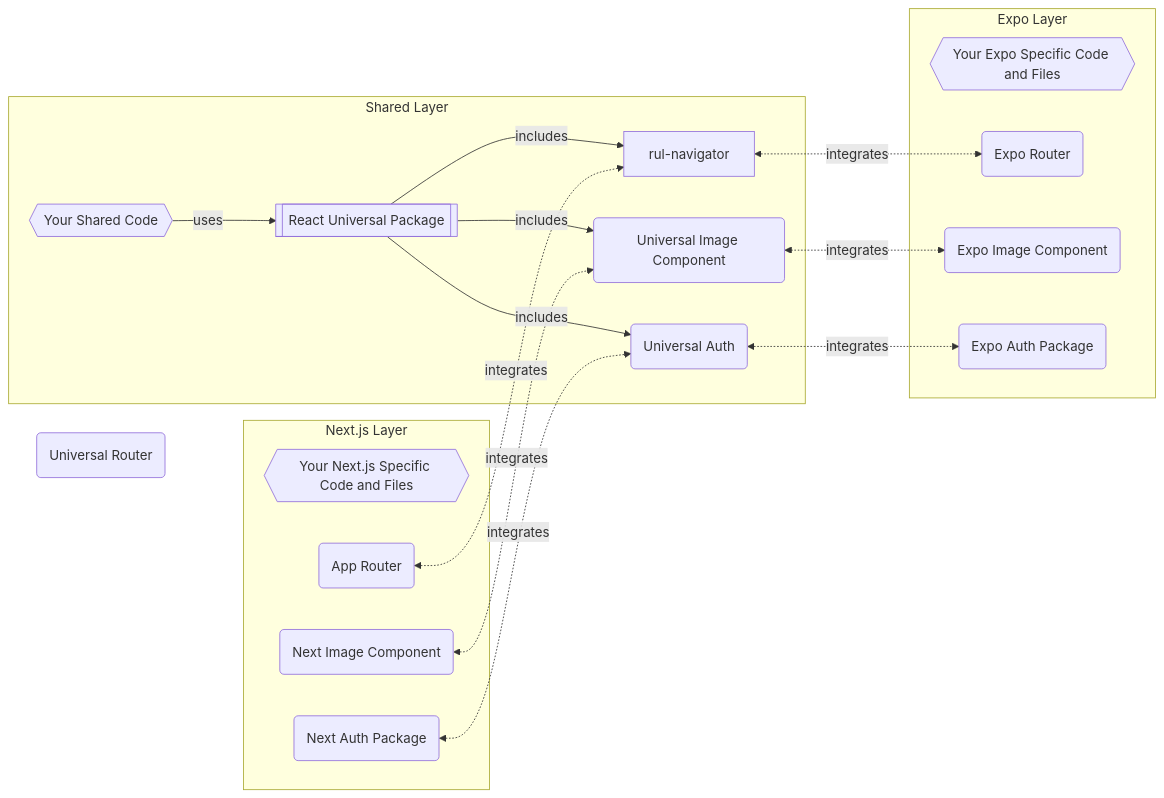
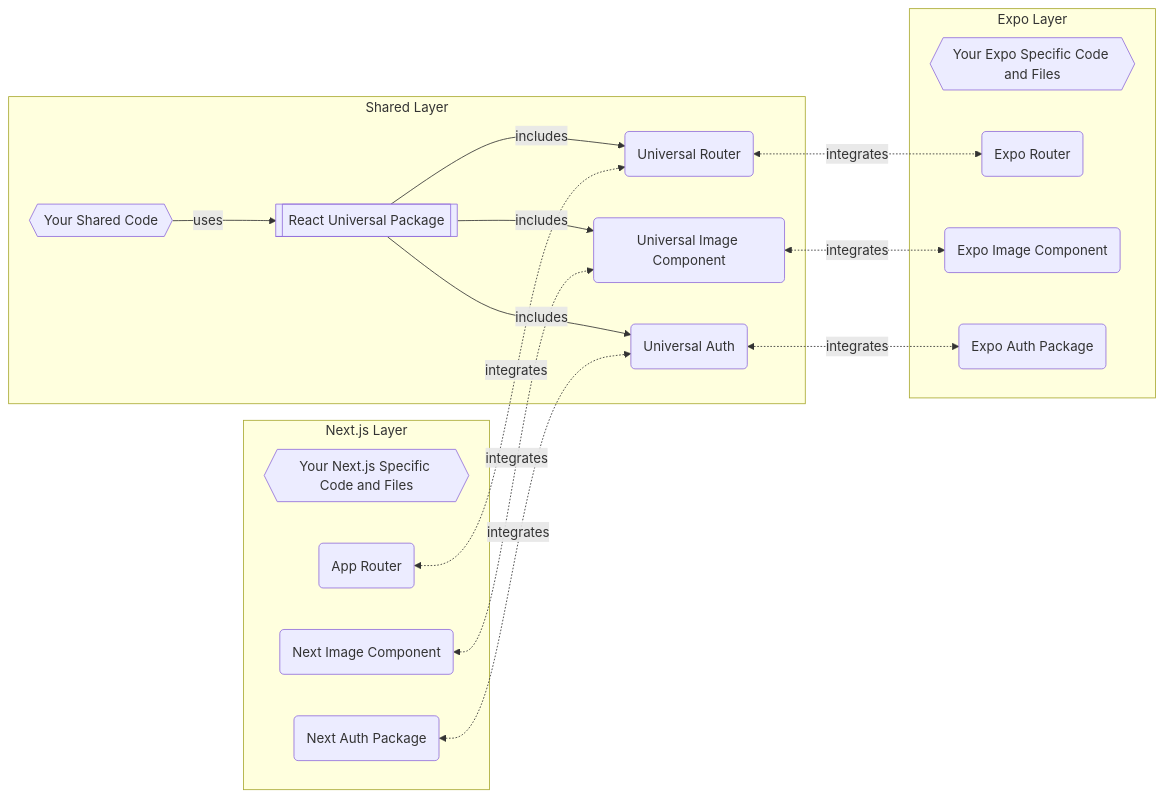
One commit to gloredo/react-blend changed the diagram in README.md. Above: the diagram before and after it, drawn with Mermaid.

````diff
--- a/README.md
+++ b/README.md
@@ -43,44 +43,44 @@
 ```mermaid
 graph LR
 
 next-specific{{Your Next.js Specific Code and Files}}
 app-router(App Router)
 next-image(Next Image Component)
 next-auth(Next Auth Package)
 
 expo-specific{{Your Expo Specific Code and Files}}
 expo-router(Expo Router)
 expo-image(Expo Image Component)
 expo-auth(Expo Auth Package)
 
 shared-code{{Your Shared Code}}
 rul-pkg[[React Universal Package]]
 rul-router(Universal Router)    
 rul-image(Universal Image Component)    
 rul-auth(Universal Auth)
 
 subgraph Next.js Layer
 next-specific 
 app-router 
 next-image 
 next-auth 
 end
 
 subgraph Expo Layer
 expo-specific 
 expo-router 
 expo-image
 expo-auth
 end
 
 subgraph Shared Layer
 shared-code -- uses --> rul-pkg 
-rul-pkg -- includes --> rul-navigator 
+rul-pkg -- includes --> rul-router 
 rul-pkg -- includes --> rul-image 
 rul-pkg -- includes --> rul-auth 
 end
 
-app-router <-. integrates .-> rul-navigator <-. integrates .-> expo-router
+app-router <-. integrates .-> rul-router <-. integrates .-> expo-router
 next-image <-. integrates .-> rul-image <-. integrates .-> expo-image
 next-auth <-. integrates .-> rul-auth <-. integrates .-> expo-auth
 ```
````
